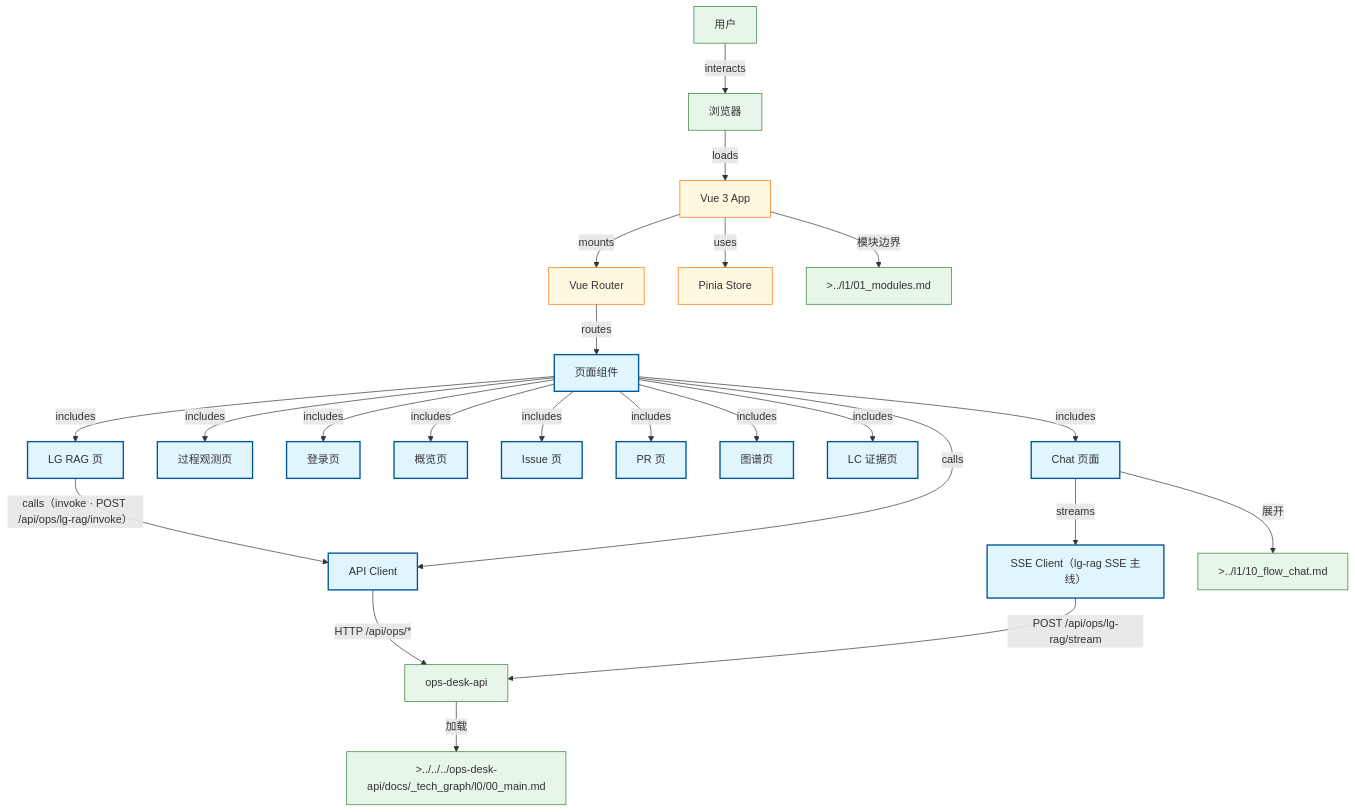
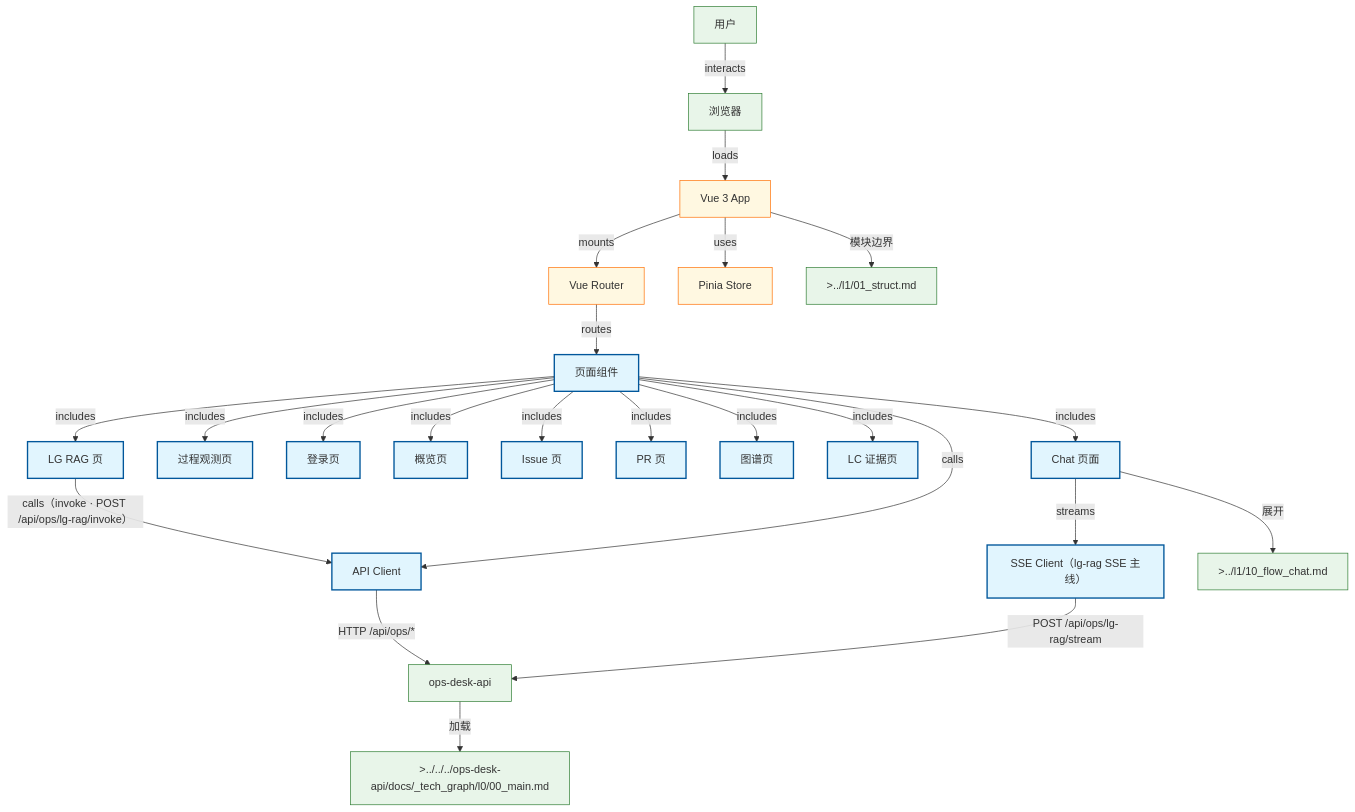
Before and after one commit to Cyning12/ops-desk-web: the diagram in docs/_tech_graph/l0/00_main.md, drawn with Mermaid. The commit also changed other lines of this file and 9 other files, not shown here.

First line of the commit message:
feat(graph): 3.5.0 图谱锚点闸修复——profile 指向 l1 + 01_struct 词表真值归位

````diff
--- a/docs/_tech_graph/l0/00_main.md
+++ b/docs/_tech_graph/l0/00_main.md
@@ -14,54 +14,54 @@
 ```mermaid
 flowchart TB
     user["用户"]
     browser["浏览器"]
     app["Vue 3 App"]
     router["Vue Router"]
     pinia["Pinia Store"]
     api_client["API Client"]
     sse_client["SSE Client（lg-rag SSE 主线）"]
     pages["页面组件"]
     chat_page["Chat 页面"]
     obs_page["过程观测页"]
     login_page["登录页"]
     overview_page["概览页"]
     issues_page["Issue 页"]
     pulls_page["PR 页"]
     graph_page["图谱页"]
     lc_evidence_page["LC 证据页"]
     lg_rag_page["LG RAG 页"]
     chat_flow[">../l1/10_flow_chat.md"]
-    modules_doc[">../l1/01_modules.md"]
+    modules_doc[">../l1/01_struct.md"]
     ops_api["ops-desk-api"]
     api_doc[">../../../ops-desk-api/docs/_tech_graph/l0/00_main.md"]
 
     user -->|"interacts"| browser
     browser -->|"loads"| app
     app -->|"mounts"| router
     app -->|"uses"| pinia
     router -->|"routes"| pages
     pages -->|"calls"| api_client
     pages -->|"includes"| chat_page
     pages -->|"includes"| obs_page
     pages -->|"includes"| login_page
     pages -->|"includes"| overview_page
     pages -->|"includes"| issues_page
     pages -->|"includes"| pulls_page
     pages -->|"includes"| graph_page
     pages -->|"includes"| lc_evidence_page
     pages -->|"includes"| lg_rag_page
     lg_rag_page -->|"calls（invoke · POST /api/ops/lg-rag/invoke）"| api_client
     chat_page -->|"streams"| sse_client
     chat_page -->|"展开"| chat_flow
     sse_client -->|"POST /api/ops/lg-rag/stream"| ops_api
     api_client -->|"HTTP /api/ops/*"| ops_api
     ops_api -->|"加载"| api_doc
     app -->|"模块边界"| modules_doc
 
     classDef phase fill:#e1f5fe,stroke:#01579b,stroke-width:2px
     classDef doc fill:#fff8e1,stroke:#ff6f00,stroke-width:1px
     classDef infra fill:#e8f5e9,stroke:#2e7d32,stroke-width:1px
     class api_client,sse_client,pages,chat_page,obs_page,login_page,overview_page,issues_page,pulls_page,graph_page,lc_evidence_page,lg_rag_page phase
     class app,router,pinia doc
     class user,browser,chat_flow,modules_doc,ops_api,api_doc infra
 ```
````
